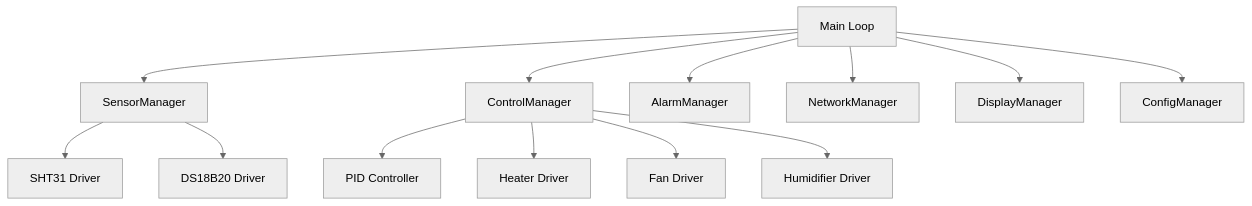
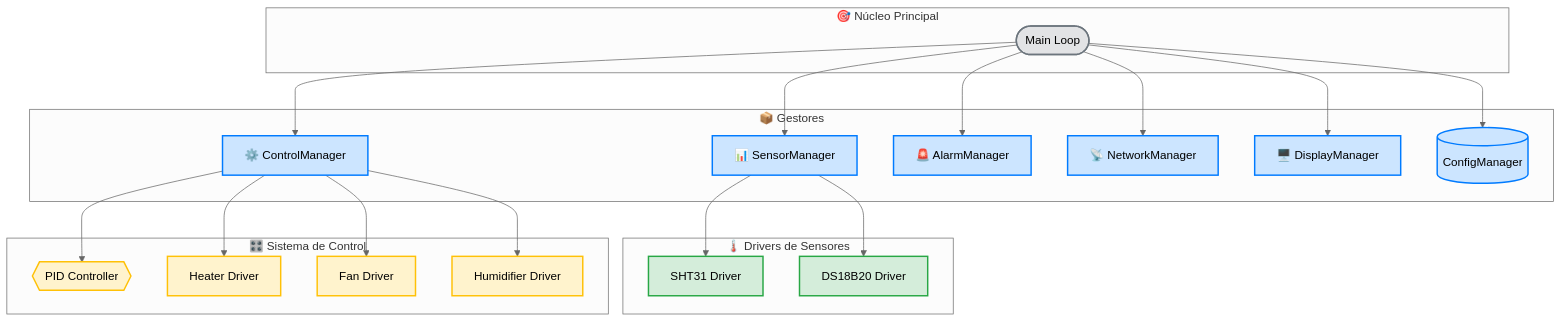
The diagram in docs/docs/software/firmware/modules.md (medicalopenworld/IncuNest-Docs), drawn with Mermaid (neutral theme) before and after one commit. The commit also changed 11 other files, not shown here.

Commit message:
Update Spanish documentation diagrams to beautiful mermaid style

````diff
--- a/docs/docs/software/firmware/modules.md
+++ b/docs/docs/software/firmware/modules.md
@@ -16,17 +16,52 @@
 ```mermaid
 graph TD
-    MAIN[Main Loop] --> SM[SensorManager]
-    MAIN --> CM[ControlManager]
-    MAIN --> AM[AlarmManager]
-    MAIN --> NM[NetworkManager]
-    MAIN --> DM[DisplayManager]
-    MAIN --> CFG[ConfigManager]
+    subgraph core [🎯 Núcleo Principal]
+        MAIN([Main Loop])
+    end
     
-    SM --> SHT[SHT31 Driver]
-    SM --> DS[DS18B20 Driver]
+    subgraph managers [📦 Gestores]
+        SM[📊 SensorManager]
+        CM[⚙️ ControlManager]
+        AM[🚨 AlarmManager]
+        NM[📡 NetworkManager]
+        DM[🖥️ DisplayManager]
+        CFG[(ConfigManager)]
+    end
     
-    CM --> PID[PID Controller]
-    CM --> HD[Heater Driver]
-    CM --> FD[Fan Driver]
-    CM --> HUM[Humidifier Driver]
+    subgraph sensors [🌡️ Drivers de Sensores]
+        SHT[SHT31 Driver]
+        DS[DS18B20 Driver]
+    end
+    
+    subgraph control [🎛️ Sistema de Control]
+        PID{{PID Controller}}
+        HD[Heater Driver]
+        FD[Fan Driver]
+        HUM[Humidifier Driver]
+    end
+    
+    MAIN --> SM
+    MAIN --> CM
+    MAIN --> AM
+    MAIN --> NM
+    MAIN --> DM
+    MAIN --> CFG
+    
+    SM --> SHT
+    SM --> DS
+    
+    CM --> PID
+    CM --> HD
+    CM --> FD
+    CM --> HUM
+    
+    classDef core fill:#e2e3e5,stroke:#6c757d,stroke-width:2px
+    classDef managers fill:#cce5ff,stroke:#007bff,stroke-width:2px
+    classDef sensors fill:#d4edda,stroke:#28a745,stroke-width:2px
+    classDef control fill:#fff3cd,stroke:#ffc107,stroke-width:2px
+    
+    class MAIN core
+    class SM,CM,AM,NM,DM,CFG managers
+    class SHT,DS sensors
+    class PID,HD,FD,HUM control
 ```
````
